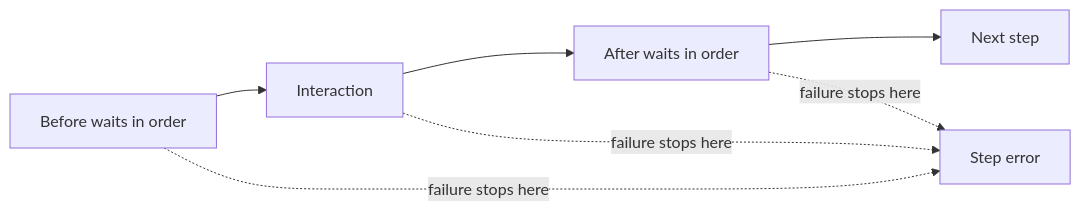
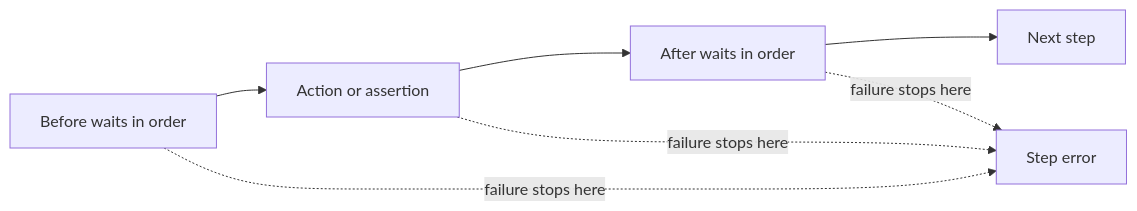
Before and after one commit to Scott-D-Hodgson/stagehand: the diagram in Learning Plan/Packages/runner-core/Lessons/03-waits.md, drawn with Mermaid. The commit also changed other lines of this file and 29 other files, not shown here.

````diff
--- a/Learning Plan/Packages/runner-core/Lessons/03-waits.md
+++ b/Learning Plan/Packages/runner-core/Lessons/03-waits.md
@@ -12,9 +16,9 @@
 ```mermaid
 flowchart LR
-    B[Before waits in order] --> A[Interaction]
+    B[Before waits in order] --> A[Action or assertion]
     A --> F[After waits in order]
     F --> N[Next step]
     B -. failure stops here .-> E[Step error]
     A -. failure stops here .-> E
     F -. failure stops here .-> E
 ```
````
